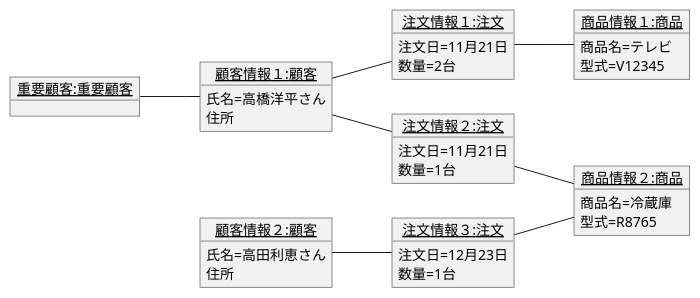
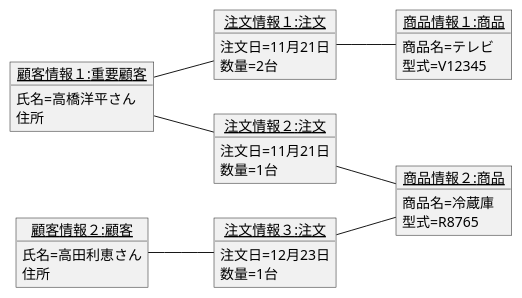
The diagram in 演習3-7_OBJ_注文のオブジェクト図.pu (omorirenka/uml-introduction), drawn with PlantUML before and after one commit.

Commit message:
演習3-7修正

```diff
--- a/演習3-7_OBJ_注文のオブジェクト図.pu
+++ b/演習3-7_OBJ_注文のオブジェクト図.pu
@@ -1,41 +1,37 @@
 @startuml
 left to right direction
-object "<u>重要顧客:重要顧客</u>" as d1{
-    
-}
-object "<u>顧客情報１:顧客</u>" as p1{
+object "<u>顧客情報１:重要顧客</u>" as p1{
 氏名=高橋洋平さん
 住所
 }
 object "<u>顧客情報２:顧客</u>" as p2{
 氏名=高田利恵さん
 住所
 }
 object "<u>商品情報１:商品</u>" as pro1{
 商品名=テレビ
 型式=V12345
 }
 object "<u>商品情報２:商品</u>" as pro2{
 商品名=冷蔵庫
 型式=R8765
 }
 object "<u>注文情報１:注文</u>" as o1{
 注文日=11月21日
 数量=2台
 }
 object "<u>注文情報２:注文</u>" as o2{
 注文日=11月21日
 数量=1台
 }
 object "<u>注文情報３:注文</u>" as o3{
 注文日=12月23日
 数量=1台
 }
-d1 -- p1
 p1 -- o1
 p1 -- o2
 p2 -- o3
 o1 -- pro1
 o2 -- pro2
 o3 -- pro2
 @enduml
```
